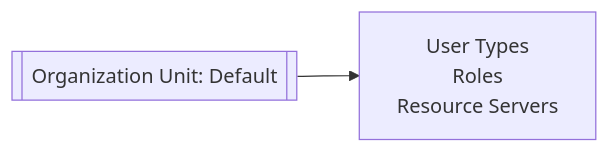
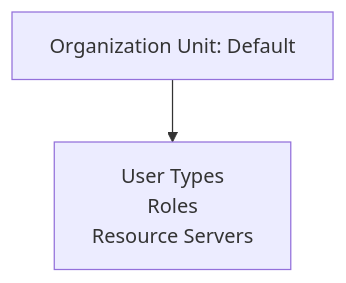
Before and after one commit to thiva-k/thunder: the third of 3 diagrams in docs/versioned_docs/version-v1.0.x/use-cases/b2c/build-access.mdx, drawn with Mermaid. The commit also changed other lines of this file and 17 other files, not shown here.

````diff
--- a/docs/versioned_docs/version-v1.0.x/use-cases/b2c/build-access.mdx
+++ b/docs/versioned_docs/version-v1.0.x/use-cases/b2c/build-access.mdx
@@ -159,4 +159,4 @@
 ```mermaid
-flowchart LR
-  ou[["Organization Unit: Default"]] --> contents["User Types<br/>Roles<br/>Resource Servers"]
+flowchart TD
+  ou["Organization Unit: Default"] --> contents["User Types<br/>Roles<br/>Resource Servers"]
 ```
````
